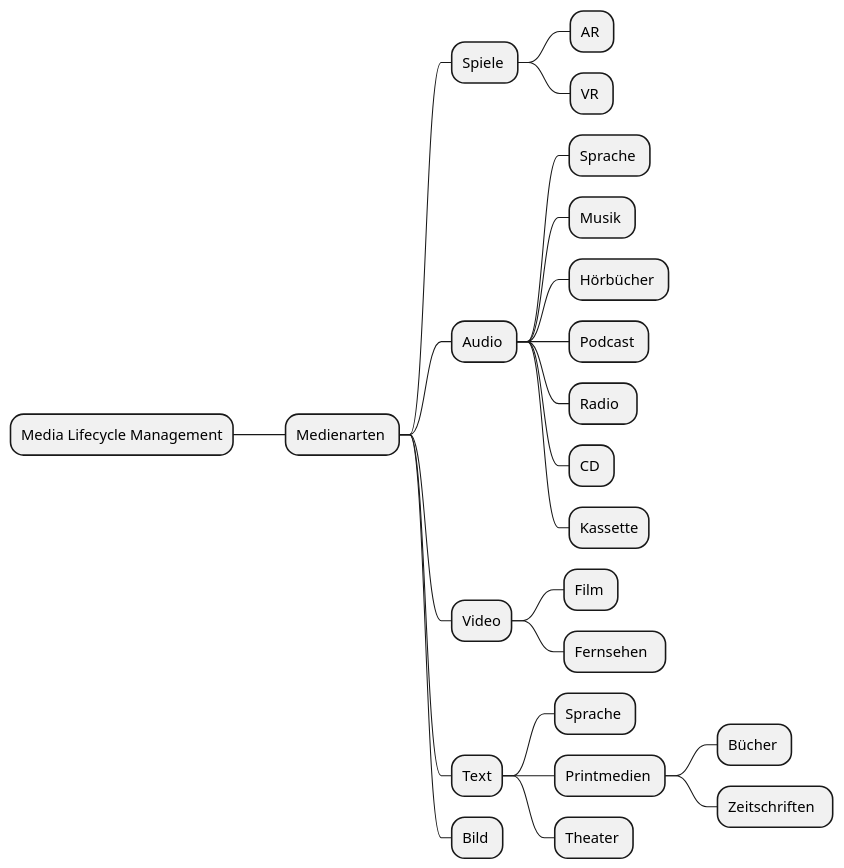
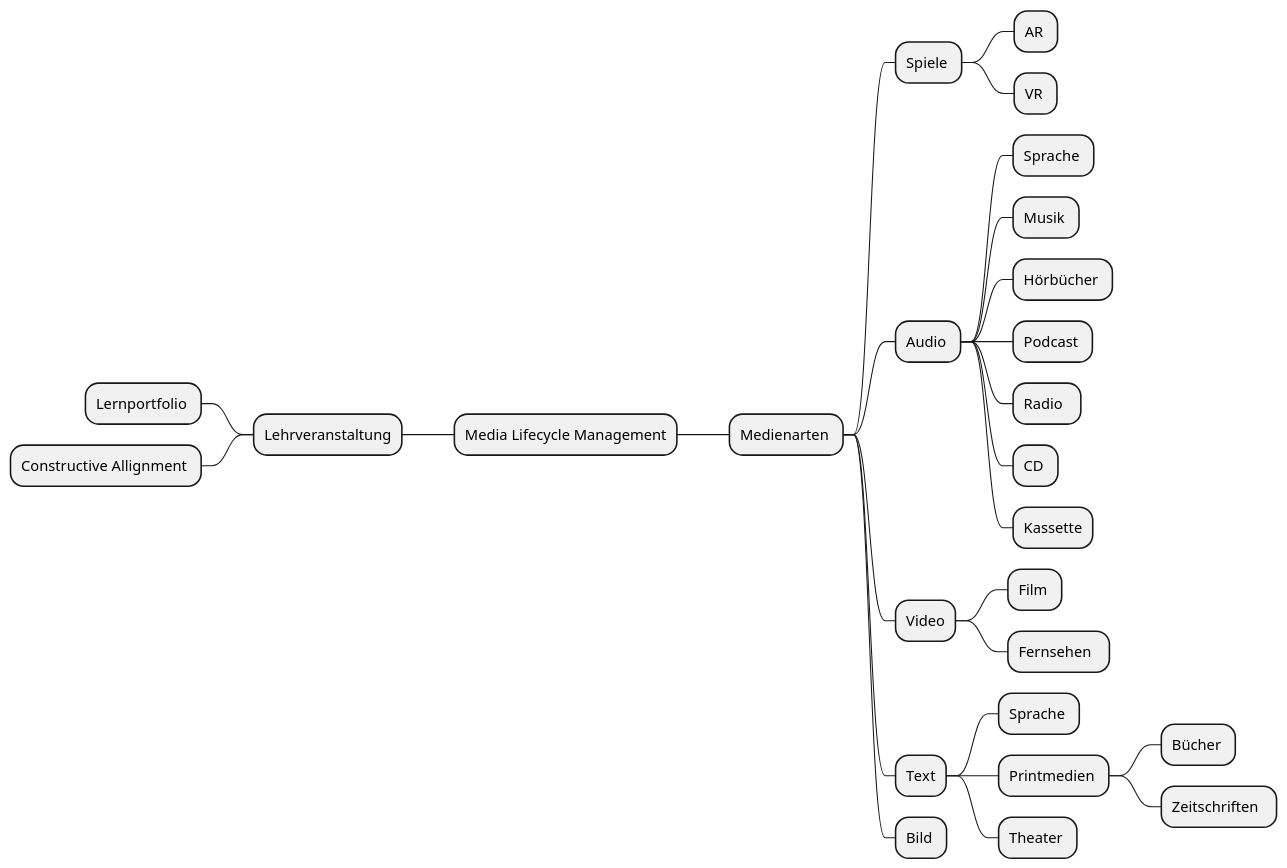
The diagram in mindmap.plantuml (PitFroehlich/Media-Lifecycle-Management), drawn with PlantUML before and after one commit. The commit also changed other lines of this file and 2 other files, not shown here.

```diff
--- a/mindmap.plantuml
+++ b/mindmap.plantuml
@@ -1,26 +1,32 @@
 @startmindmap Mindmap Media Lifecycle Management 
-* Media Lifecycle Management
-** Medienarten 
-*** Spiele 
-**** AR 
-**** VR 
-*** Audio 
-**** Sprache 
-**** Musik 
-**** Hörbücher 
-**** Podcast 
-**** Radio  
-**** CD 
-**** Kassette
-*** Video
-**** Film 
-**** Fernsehen  
-*** Text
-**** Sprache 
-**** Printmedien 
-***** Bücher 
-***** Zeitschriften  
-**** Theater 
-*** Bild 
+' root
++ Media Lifecycle Management
+' left side 
+-- Lehrveranstaltung
+--- Lernportfolio 
+--- Constructive Allignment 
+' right side 
+++ Medienarten 
++++ Spiele 
+++++ AR 
+++++ VR 
++++ Audio 
+++++ Sprache 
+++++ Musik 
+++++ Hörbücher 
+++++ Podcast 
+++++ Radio  
+++++ CD 
+++++ Kassette
++++ Video
+++++ Film 
+++++ Fernsehen  
++++ Text
+++++ Sprache 
+++++ Printmedien 
++++++ Bücher 
++++++ Zeitschriften  
+++++ Theater 
++++ Bild 
 
-@endmindmap*** Audio 
+@endmindmap+++ Audio 
```
